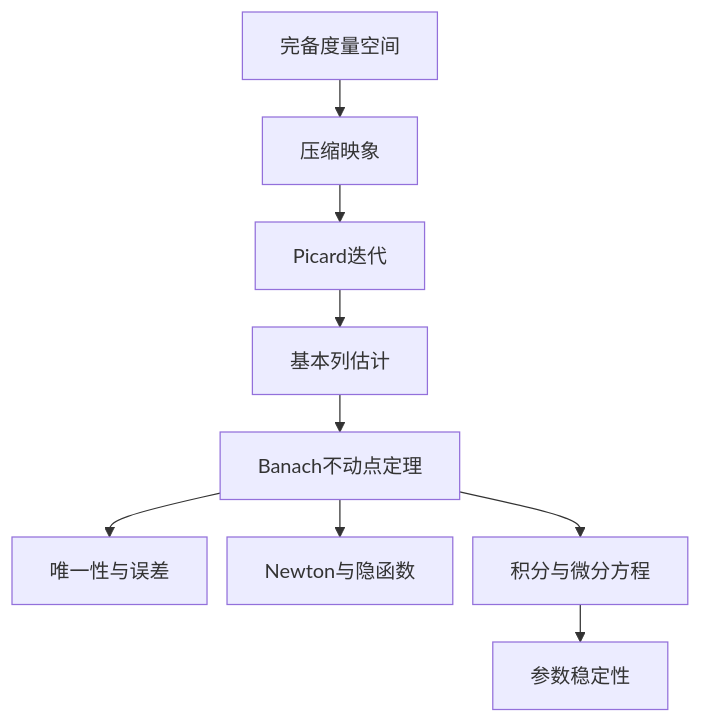
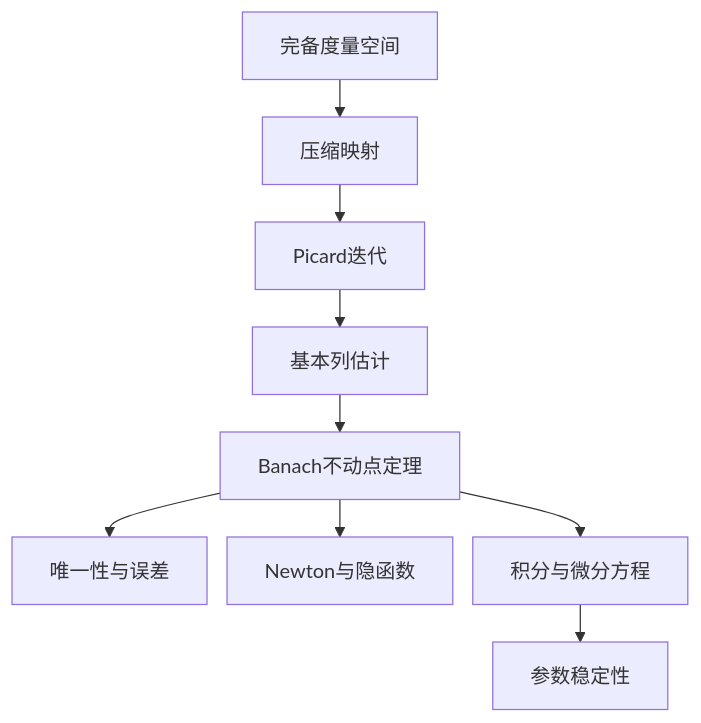
One commit to xsoc1/math-notes changed the diagram in 泛函分析/02_压缩映象原理/00_专题总览.md. Above: the diagram before and after it, drawn with Mermaid. The commit also changed other lines of this file and 134 other files, not shown here.

````diff
--- a/泛函分析/02_压缩映象原理/00_专题总览.md
+++ b/泛函分析/02_压缩映象原理/00_专题总览.md
@@ -29,12 +27,12 @@
-~~~mermaid
+```mermaid
 %%{init: {"flowchart": {"nodeSpacing": 16, "rankSpacing": 30}}}%%
 graph TD
-	A[完备度量空间] --> B[压缩映象]
-	B --> C[Picard迭代]
-	C --> D[基本列估计]
-	D --> E[Banach不动点定理]
-	E --> F[唯一性与误差]
-	E --> G[Newton与隐函数]
-	E --> H[积分与微分方程]
-	H --> P[参数稳定性]
-~~~
+    A[完备度量空间] --> B[压缩映射]
+    B --> C[Picard迭代]
+    C --> D[基本列估计]
+    D --> E[Banach不动点定理]
+    E --> F[唯一性与误差]
+    E --> G[Newton与隐函数]
+    E --> H[积分与微分方程]
+    H --> P[参数稳定性]
+```
````
